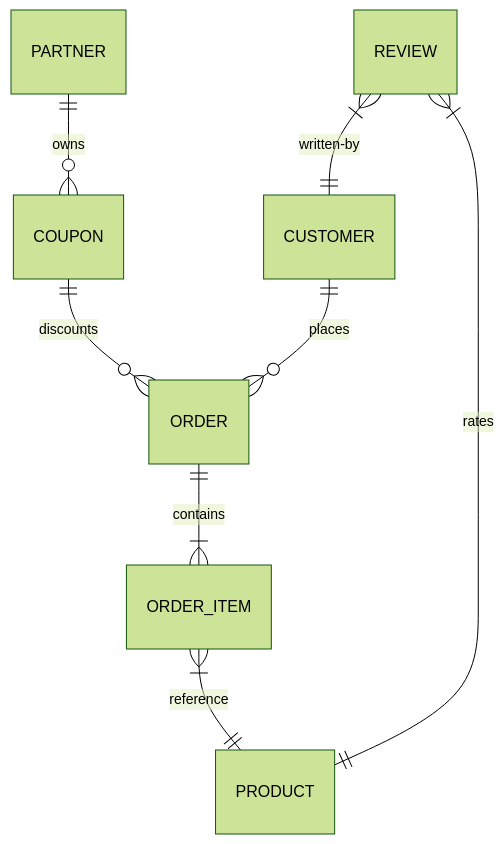
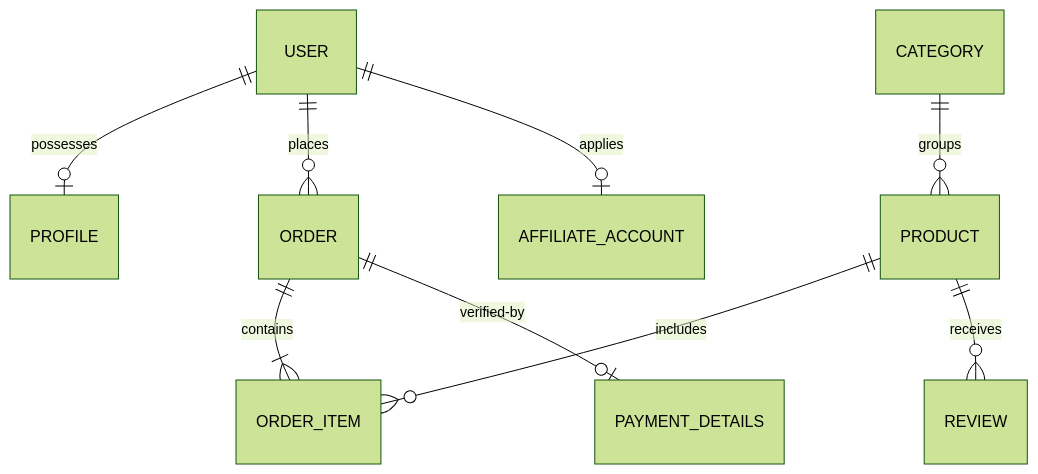
The fifth of 5 diagrams in ARCHITECTURE.md (taybeen-healthy/taybeen-frontend), drawn with Mermaid (forest theme) before and after one commit. The commit also changed other lines of this file and 8 other files, not shown here.

````diff
--- a/ARCHITECTURE.md
+++ b/ARCHITECTURE.md
@@ -108,10 +132,11 @@
 ```mermaid
 erDiagram
-    CUSTOMER ||--o{ ORDER : places
+    USER ||--o| PROFILE : possesses
+    USER ||--o{ ORDER : places
+    USER ||--o| AFFILIATE_ACCOUNT : applies
+    PRODUCT ||--o{ ORDER_ITEM : includes
+    PRODUCT ||--o{ REVIEW : receives
+    CATEGORY ||--o{ PRODUCT : groups
     ORDER ||--|{ ORDER_ITEM : contains
-    ORDER_ITEM }|--|| PRODUCT : reference
-    PARTNER ||--o{ COUPON : owns
-    COUPON ||--o{ ORDER : discounts
-    REVIEW }|--|| CUSTOMER : written-by
-    REVIEW }|--|| PRODUCT : rates
+    ORDER ||--o| PAYMENT_DETAILS : verified-by
 ```
````
